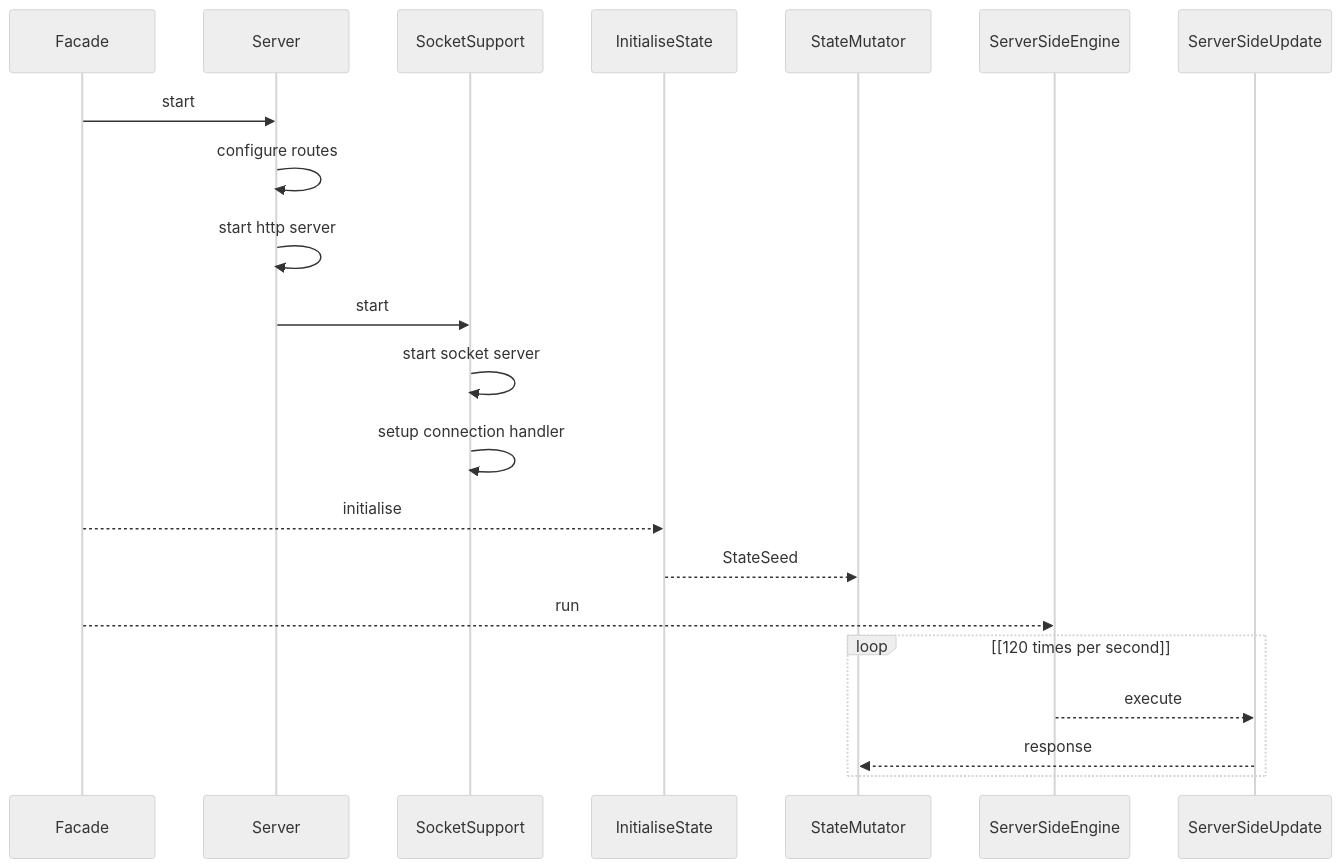
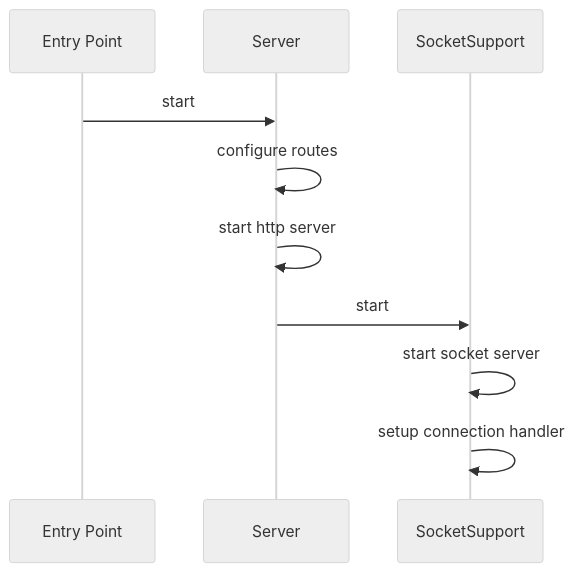
One commit to distributedlife/ensemble-website changed the second of 4 diagrams in source/views/docs/guides/sequence.md. Above: the diagram before and after it, drawn with Mermaid (neutral theme). The commit also changed other lines of this file, not shown here.

Commit message:
split up the sequence diagrams

```diff
--- a/source/views/docs/guides/sequence.md
+++ b/source/views/docs/guides/sequence.md
@@ -7,17 +16,9 @@
 <div class="mermaid">
 sequenceDiagram
-  Facade->>Server: start
+  Entry Point->>Server: start
   Server->>Server: configure routes
   Server->>Server: start http server
   Server->>SocketSupport:start
   SocketSupport->>SocketSupport:start socket server
   SocketSupport->>SocketSupport:setup connection handler
-  Facade-->>InitialiseState: initialise
-  InitialiseState-->>StateMutator: StateSeed
-  Facade-->>ServerSideEngine: run
-  loop [120 times per second]
-    ServerSideEngine-->>ServerSideUpdate: execute
-    ServerSideUpdate-->>StateMutator: response
-  end
-
 </div>
```
